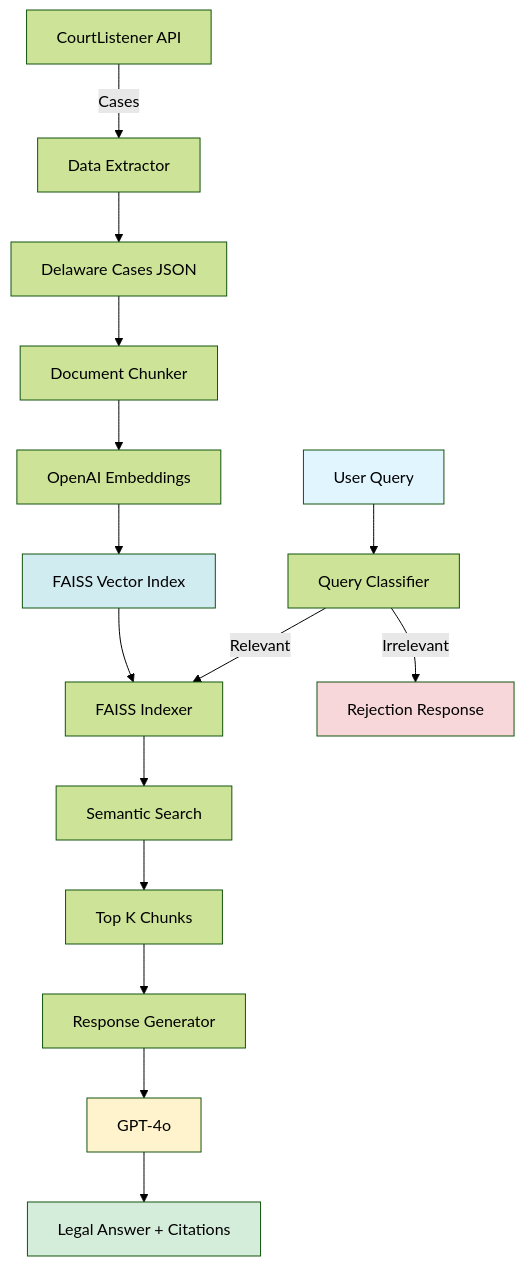
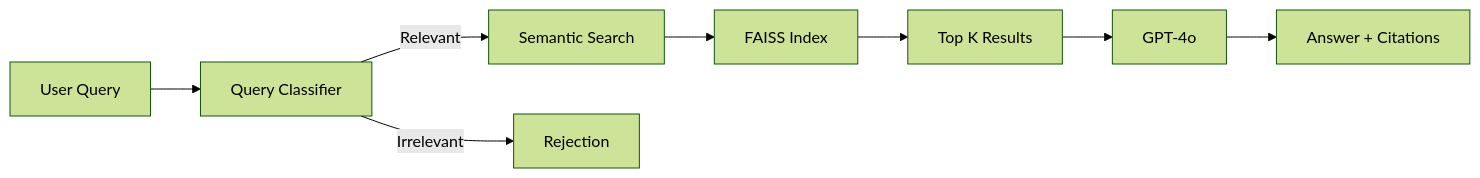
Before and after one commit to koosha/mantra: the first of 2 diagrams in README.md, drawn with Mermaid (forest theme). The commit also changed other lines of this file, not shown here.

Commit message:
Improve README: clean up architecture and features
- Reorganized architecture into separate Query and Data pipelines
- Removed color styling for better dark mode compatibility
- Simplified diagrams with left-to-right layout
- Fixed features section to use proper bullet format

````diff
--- a/README.md
+++ b/README.md
@@ -25,24 +26,10 @@
 ```mermaid
-graph TB
+graph LR
     A[User Query] --> B[Query Classifier]
-    B -->|Relevant| C[FAISS Indexer]
-    B -->|Irrelevant| D[Rejection Response]
-    C --> E[Semantic Search]
-    E --> F[Top K Chunks]
-    F --> G[Response Generator]
-    G --> H[GPT-4o]
-    H --> I[Legal Answer + Citations]
-
-    J[CourtListener API] -->|Cases| K[Data Extractor]
-    K --> L[Delaware Cases JSON]
-    L --> M[Document Chunker]
-    M --> N[OpenAI Embeddings]
-    N --> O[FAISS Vector Index]
-    O --> C
-
-    style A fill:#e1f5ff
-    style I fill:#d4edda
-    style D fill:#f8d7da
-    style H fill:#fff3cd
-    style O fill:#d1ecf1
+    B -->|Relevant| C[Semantic Search]
+    B -->|Irrelevant| D[Rejection]
+    C --> E[FAISS Index]
+    E --> F[Top K Results]
+    F --> G[GPT-4o]
+    G --> H[Answer + Citations]
 ```
````
